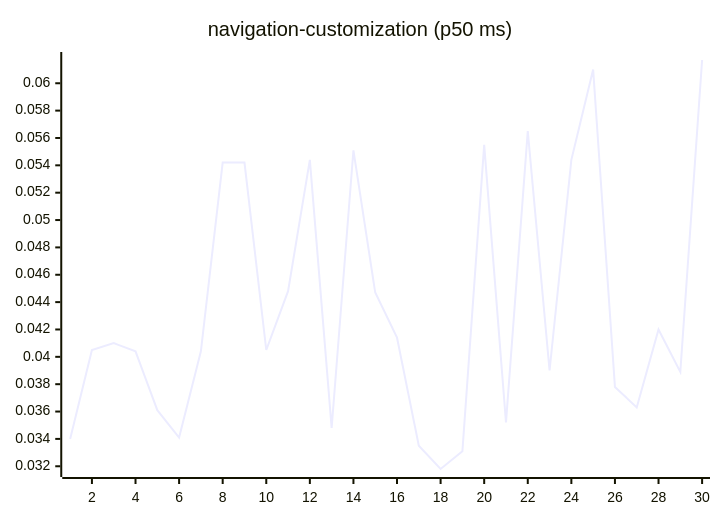
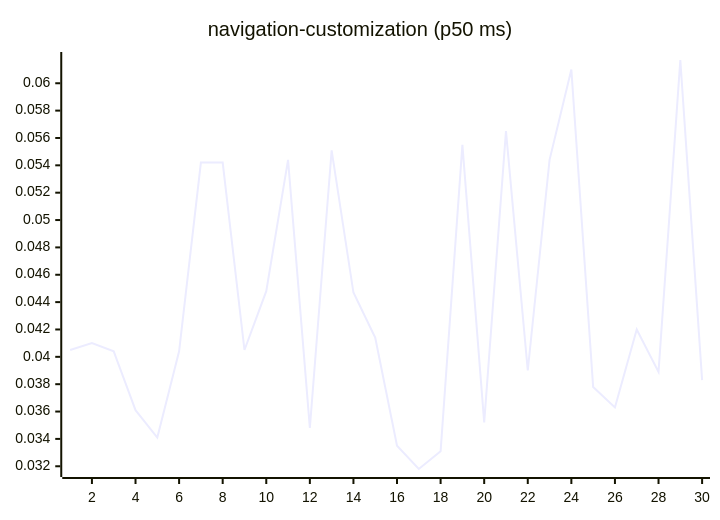
One commit to josha/Facet changed diagram 15 of 27 in README.md. Above: the diagram before and after it, drawn with Mermaid. The commit also changed other lines of this file and 2 other files, not shown here.

````diff
--- a/README.md
+++ b/README.md
@@ -161,6 +161,6 @@
 ```mermaid
 xychart-beta
     title "navigation-customization (p50 ms)"
     x-axis 1 --> 30
-    line [0.0340, 0.0405, 0.0410, 0.0404, 0.0361, 0.0341, 0.0404, 0.0542, 0.0542, 0.0405, 0.0448, 0.0544, 0.0348, 0.0551, 0.0447, 0.0414, 0.0335, 0.0318, 0.0331, 0.0555, 0.0352, 0.0565, 0.0390, 0.0544, 0.0610, 0.0378, 0.0363, 0.0420, 0.0389, 0.0617]
+    line [0.0405, 0.0410, 0.0404, 0.0361, 0.0341, 0.0404, 0.0542, 0.0542, 0.0405, 0.0448, 0.0544, 0.0348, 0.0551, 0.0447, 0.0414, 0.0335, 0.0318, 0.0331, 0.0555, 0.0352, 0.0565, 0.0390, 0.0544, 0.0610, 0.0378, 0.0363, 0.0420, 0.0389, 0.0617, 0.0383]
 ```
````
